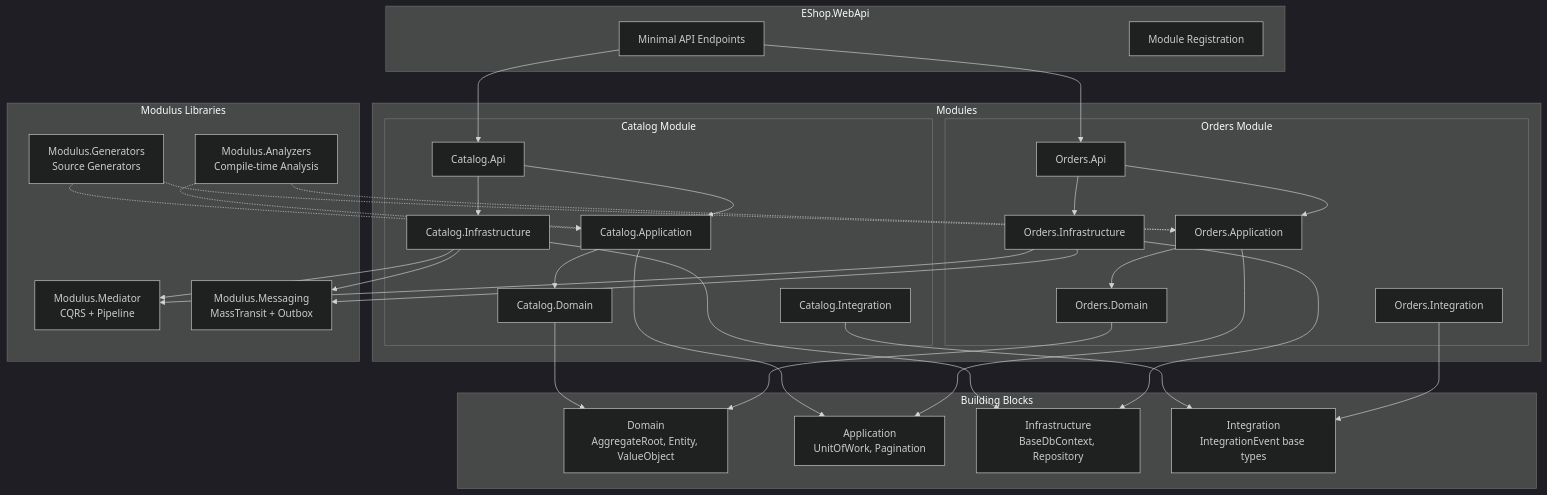
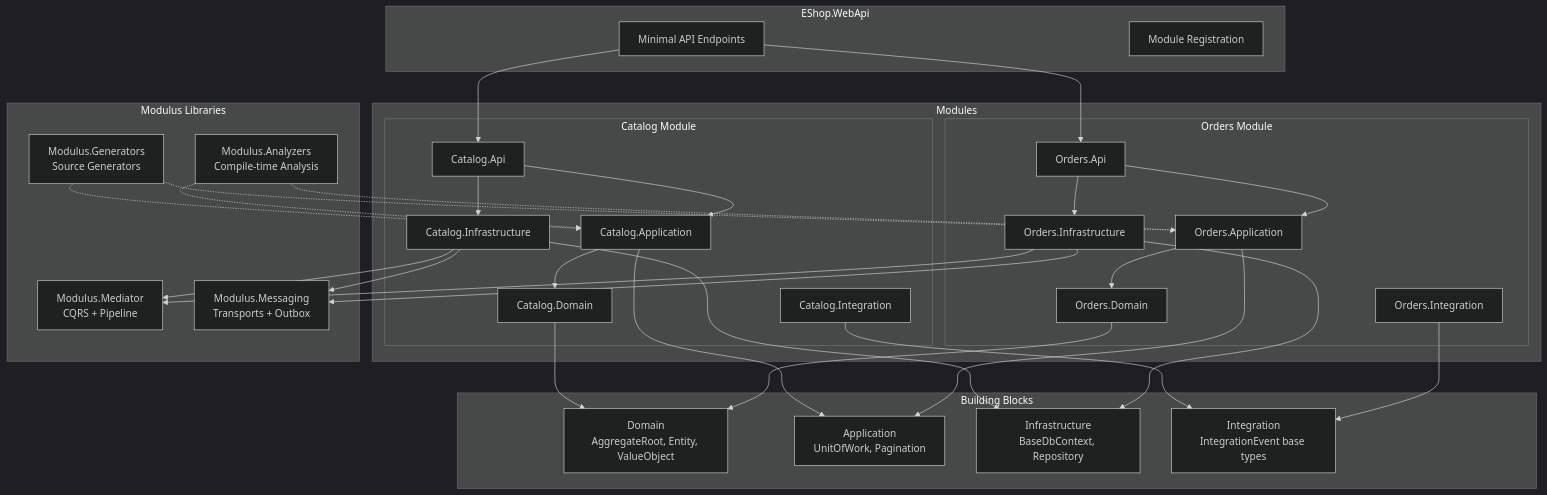
Before and after one commit to AdamWyatt34/Modulus: the diagram in README.md, drawn with Mermaid (dark theme). The commit also changed other lines of this file and 24 other files, not shown here.

First line of the commit message:
docs: sweep MassTransit references and add migration guide

````diff
--- a/README.md
+++ b/README.md
@@ -71,62 +71,62 @@
 ```mermaid
 graph TB
     subgraph Host["EShop.WebApi"]
         API[Minimal API Endpoints]
         REG[Module Registration]
     end
 
     subgraph Modules
         subgraph Catalog["Catalog Module"]
             CA[Catalog.Api]
             CAP[Catalog.Application]
             CD[Catalog.Domain]
             CI[Catalog.Infrastructure]
             CINT[Catalog.Integration]
         end
 
         subgraph Orders["Orders Module"]
             OA[Orders.Api]
             OAP[Orders.Application]
             OD[Orders.Domain]
             OI[Orders.Infrastructure]
             OINT[Orders.Integration]
         end
     end
 
     subgraph BuildingBlocks["Building Blocks"]
         BB_D[Domain<br/>AggregateRoot, Entity, ValueObject]
         BB_A[Application<br/>UnitOfWork, Pagination]
         BB_I[Infrastructure<br/>BaseDbContext, Repository]
         BB_INT[Integration<br/>IntegrationEvent base types]
     end
 
     subgraph Libraries["Modulus Libraries"]
         MED[Modulus.Mediator<br/>CQRS + Pipeline]
-        MSG[Modulus.Messaging<br/>MassTransit + Outbox]
+        MSG[Modulus.Messaging<br/>Transports + Outbox]
         GEN[Modulus.Generators<br/>Source Generators]
         ANZ[Modulus.Analyzers<br/>Compile-time Analysis]
     end
 
     API --> CA
     API --> OA
     CA --> CAP --> CD
     CA --> CI
     OA --> OAP --> OD
     OA --> OI
     CI --> MED
     OI --> MED
     CI --> MSG
     OI --> MSG
     CD --> BB_D
     OD --> BB_D
     CAP --> BB_A
     OAP --> BB_A
     CI --> BB_I
     OI --> BB_I
     CINT --> BB_INT
     OINT --> BB_INT
     GEN -.-> CAP
     GEN -.-> OAP
     ANZ -.-> CAP
     ANZ -.-> OAP
 ```
````
